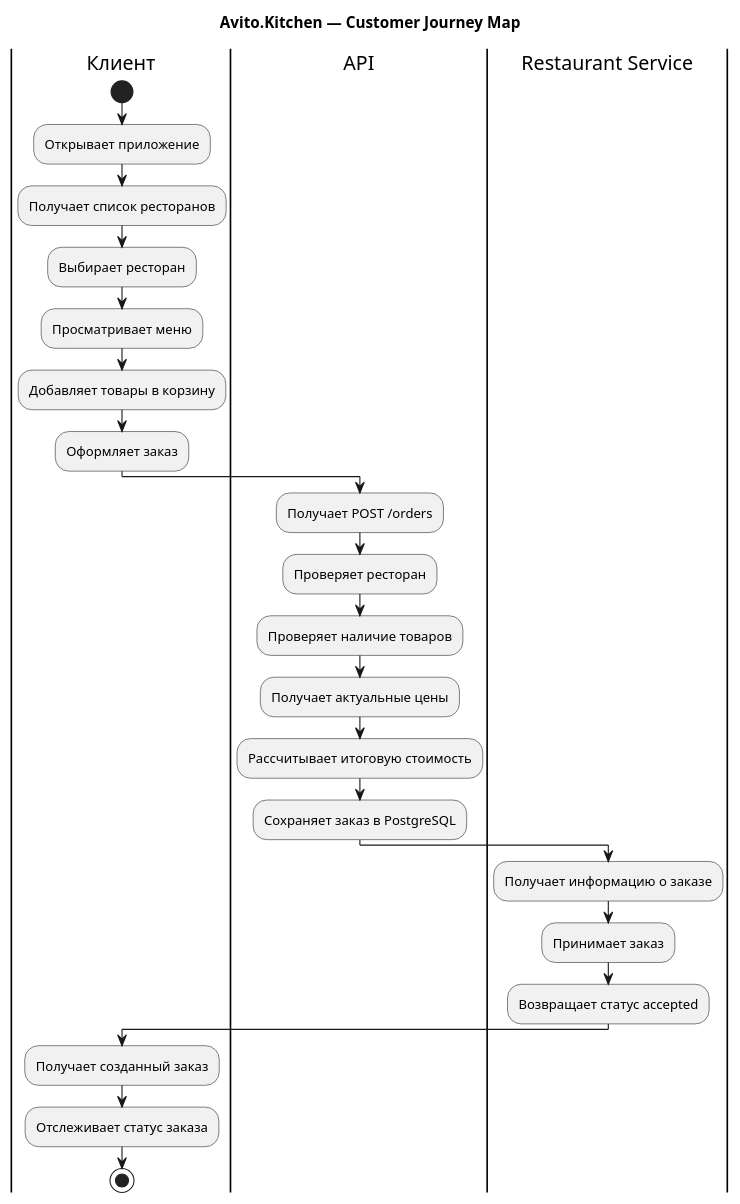
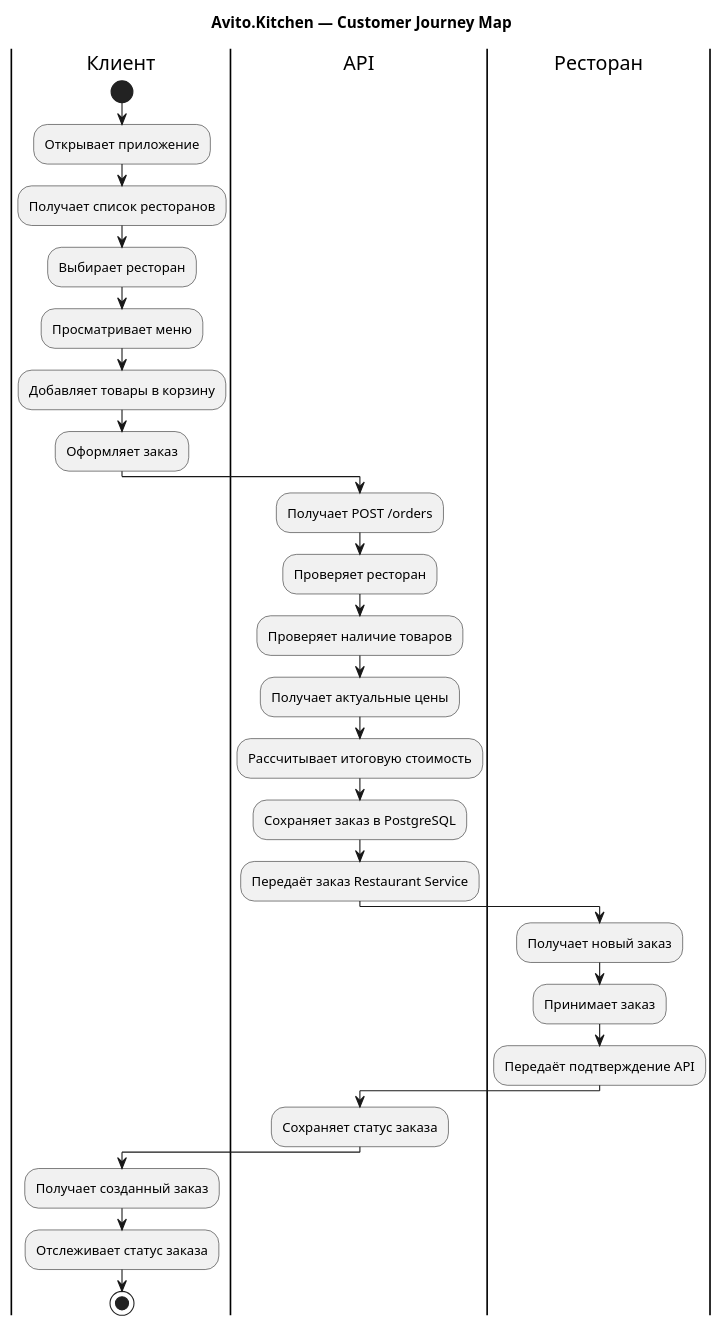
Before and after one commit to pesherskiynikita-code/avito_kitchen: the diagram in docs/cjm.puml, drawn with PlantUML.

Commit message:
Improve restaurant CJM

```diff
--- a/docs/cjm.puml
+++ b/docs/cjm.puml
@@ -1,31 +1,35 @@
 @startuml
 title Avito.Kitchen — Customer Journey Map
 
 |Клиент|
 start
 :Открывает приложение;
 :Получает список ресторанов;
 :Выбирает ресторан;
 :Просматривает меню;
 :Добавляет товары в корзину;
 :Оформляет заказ;
 
 |API|
 :Получает POST /orders;
 :Проверяет ресторан;
 :Проверяет наличие товаров;
 :Получает актуальные цены;
 :Рассчитывает итоговую стоимость;
 :Сохраняет заказ в PostgreSQL;
+:Передаёт заказ Restaurant Service;
 
-|Restaurant Service|
-:Получает информацию о заказе;
+|Ресторан|
+:Получает новый заказ;
 :Принимает заказ;
-:Возвращает статус accepted;
+:Передаёт подтверждение API;
+
+|API|
+:Сохраняет статус заказа;
 
 |Клиент|
 :Получает созданный заказ;
 :Отслеживает статус заказа;
 stop
 
 @enduml
```
